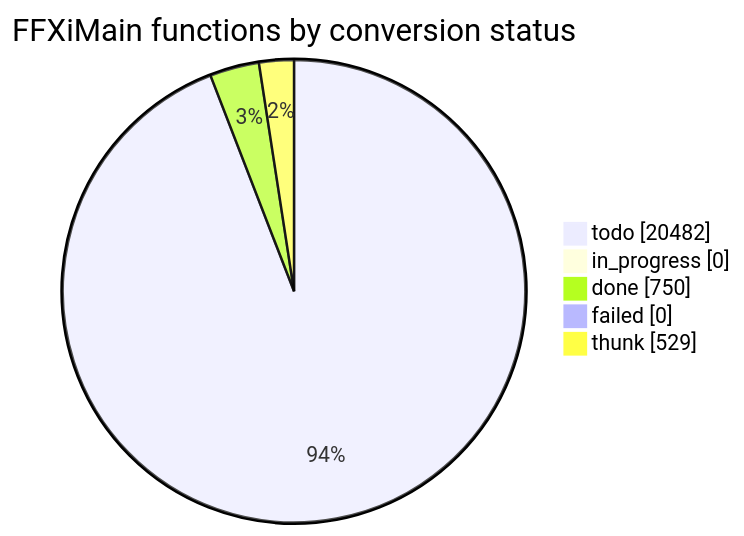
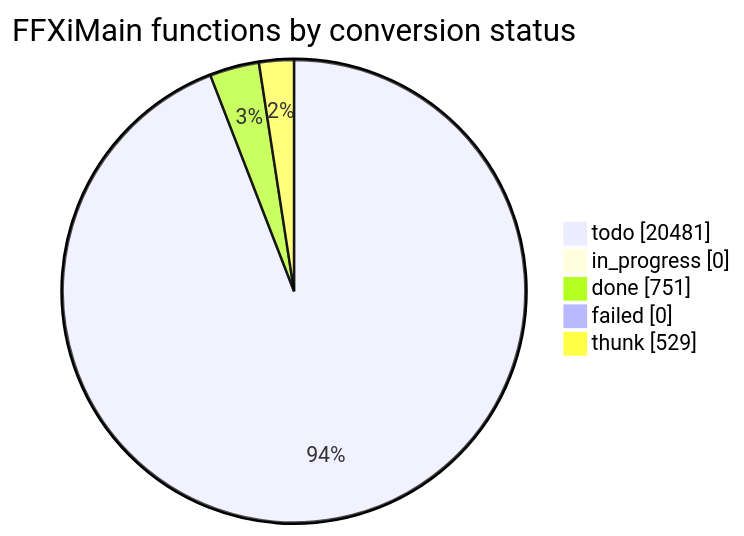
Before and after one commit to cowrevenge/cow_kuluu_xi_anything: the diagram in docs/cow/STATUS.md, drawn with Mermaid. The commit also changed other lines of this file and 9 other files, not shown here.

````diff
--- a/docs/cow/STATUS.md
+++ b/docs/cow/STATUS.md
@@ -18,9 +18,9 @@
 ```mermaid
 pie showData
     title FFXiMain functions by conversion status
-    "todo" : 20482
+    "todo" : 20481
     "in_progress" : 0
-    "done" : 750
+    "done" : 751
     "failed" : 0
     "thunk" : 529
 ```
````
